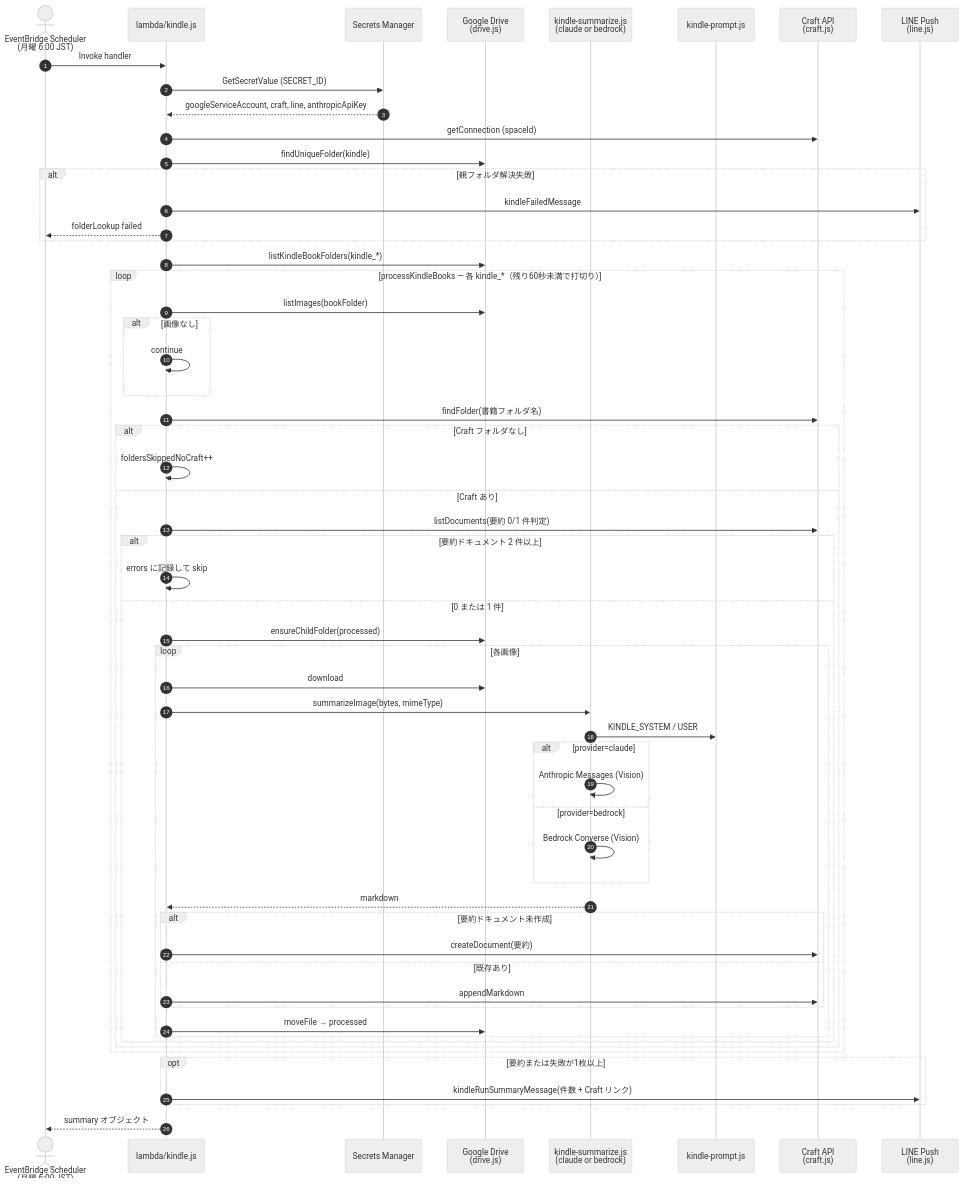
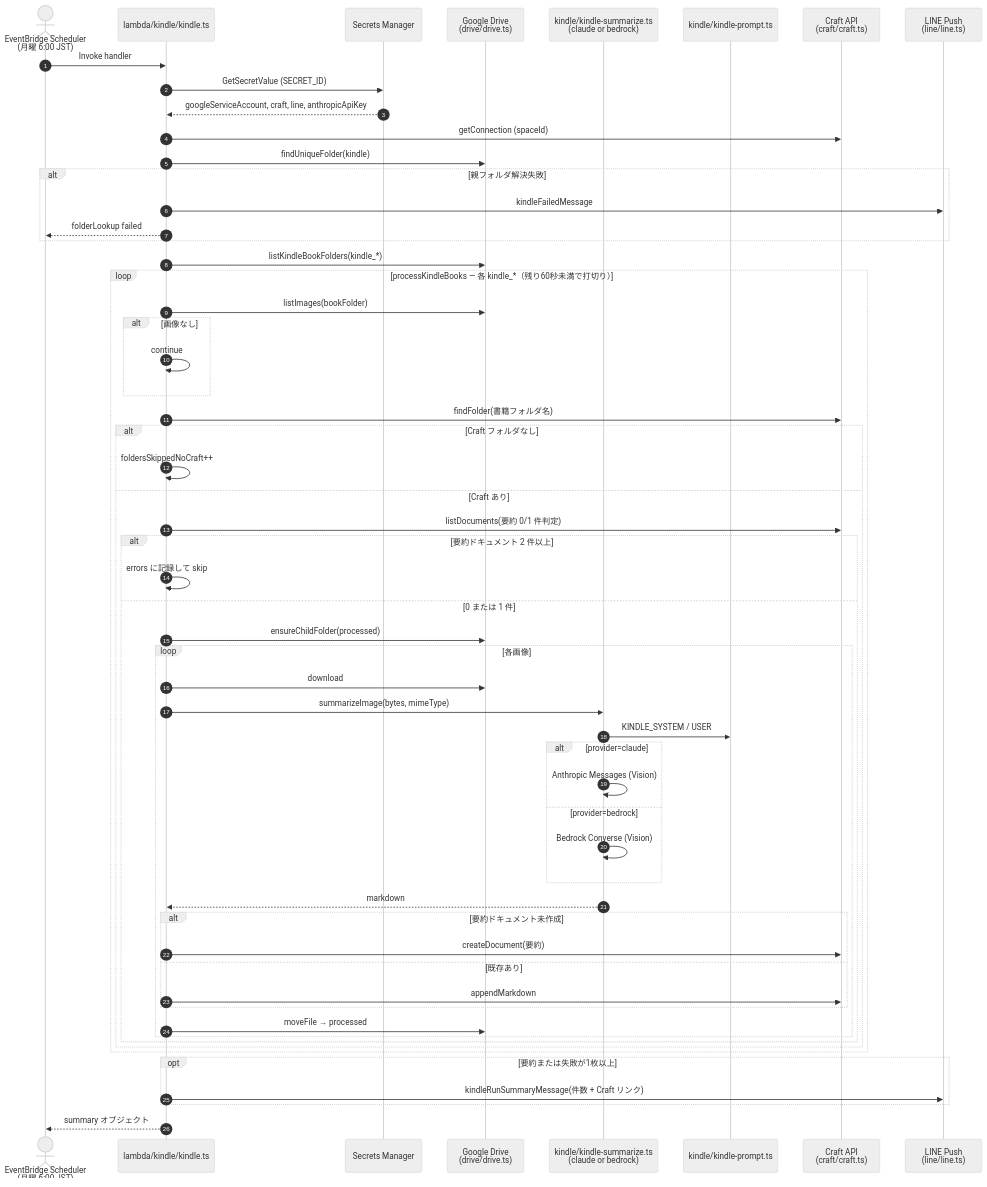
Before and after one commit to suzy1031/transcribe-save-to-notes-app: the fourth of 5 diagrams in specifications/request-sequence.md, drawn with Mermaid (neutral theme). The commit also changed other lines of this file and 3 other files, not shown here.

Commit message:
docs: specifications/ 配下の設計書・シーケンス図を TypeScript・Bun 移行後の構成に更新する

````diff
--- a/specifications/request-sequence.md
+++ b/specifications/request-sequence.md
@@ -182,65 +192,65 @@
 ```mermaid
 sequenceDiagram
     autonumber
     actor Scheduler as EventBridge Scheduler<br/>(月曜 6:00 JST)
-    participant Kindle as lambda/kindle.js
+    participant Kindle as lambda/kindle/kindle.ts
     participant SM as Secrets Manager
-    participant Drive as Google Drive<br/>(drive.js)
-    participant Summarize as kindle-summarize.js<br/>(claude or bedrock)
-    participant Prompt as kindle-prompt.js
-    participant Craft as Craft API<br/>(craft.js)
-    participant Line as LINE Push<br/>(line.js)
+    participant Drive as Google Drive<br/>(drive/drive.ts)
+    participant Summarize as kindle/kindle-summarize.ts<br/>(claude or bedrock)
+    participant Prompt as kindle/kindle-prompt.ts
+    participant Craft as Craft API<br/>(craft/craft.ts)
+    participant Line as LINE Push<br/>(line/line.ts)
 
     Scheduler->>Kindle: Invoke handler
     Kindle->>SM: GetSecretValue (SECRET_ID)
     SM-->>Kindle: googleServiceAccount, craft, line, anthropicApiKey
     Kindle->>Craft: getConnection (spaceId)
 
     Kindle->>Drive: findUniqueFolder(kindle)
     alt 親フォルダ解決失敗
         Kindle->>Line: kindleFailedMessage
         Kindle-->>Scheduler: folderLookup failed
     end
 
     Kindle->>Drive: listKindleBookFolders(kindle_*)
 
     loop processKindleBooks — 各 kindle_*（残り60秒未満で打切り）
         Kindle->>Drive: listImages(bookFolder)
         alt 画像なし
             Kindle->>Kindle: continue
         end
         Kindle->>Craft: findFolder(書籍フォルダ名)
         alt Craft フォルダなし
             Kindle->>Kindle: foldersSkippedNoCraft++
         else Craft あり
             Kindle->>Craft: listDocuments(要約 0/1 件判定)
             alt 要約ドキュメント 2 件以上
                 Kindle->>Kindle: errors に記録して skip
             else 0 または 1 件
                 Kindle->>Drive: ensureChildFolder(processed)
                 loop 各画像
                     Kindle->>Drive: download
                     Kindle->>Summarize: summarizeImage(bytes, mimeType)
                     Summarize->>Prompt: KINDLE_SYSTEM / USER
                     alt provider=claude
                         Summarize->>Summarize: Anthropic Messages (Vision)
                     else provider=bedrock
                         Summarize->>Summarize: Bedrock Converse (Vision)
                     end
                     Summarize-->>Kindle: markdown
                     alt 要約ドキュメント未作成
                         Kindle->>Craft: createDocument(要約)
                     else 既存あり
                         Kindle->>Craft: appendMarkdown
                     end
                     Kindle->>Drive: moveFile → processed
                 end
             end
         end
     end
 
     opt 要約または失敗が1枚以上
         Kindle->>Line: kindleRunSummaryMessage(件数 + Craft リンク)
     end
     Kindle-->>Scheduler: summary オブジェクト
 ```
````
